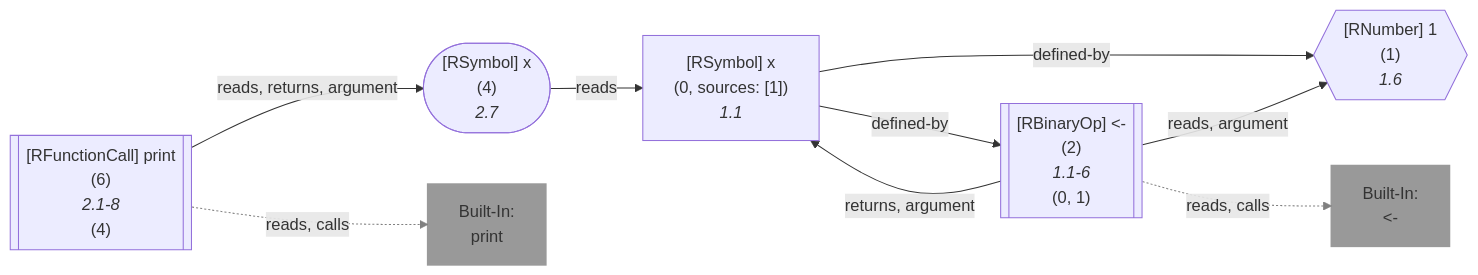
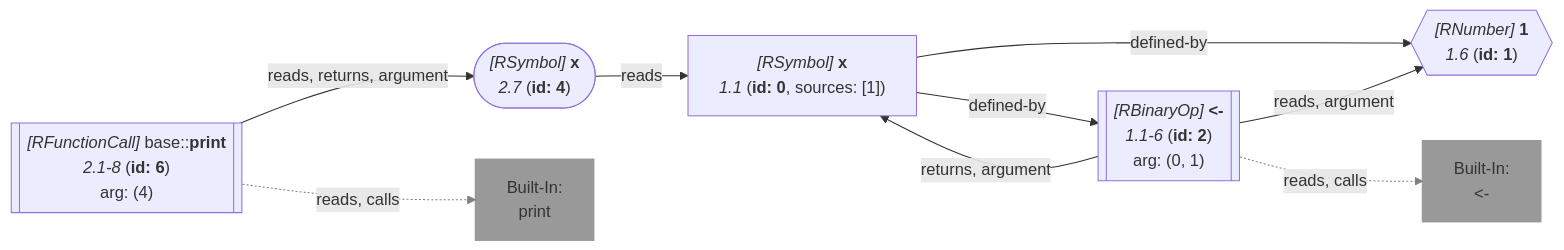
One commit to flowr-analysis/flowr changed diagram 18 of 21 in wiki/Query API.md. Above: the diagram before and after it, drawn with Mermaid. The commit also changed other lines of this file and 87 other files, not shown here.

````diff
--- a/wiki/Query API.md
+++ b/wiki/Query API.md
@@ -6375,37 +6227,32 @@
 ```mermaid
 flowchart LR
-    1{{"`#91;RNumber#93; 1
-      (1)
-      *1.6*`"}}
+    1{{"`*#91;RNumber#93;* **1**
+      *1.6* (**id: 1**)`"}}
    %% No edges found for 1
-    0["`#91;RSymbol#93; x
-      (0, sources: [1])
-      *1.1*`"]
-    2[["`#91;RBinaryOp#93; #60;#45;
-      (2)
-      *1.1-6*
-    (0, 1)`"]]
+    0["`*#91;RSymbol#93;* **x**
+      *1.1* (**id: 0**, sources: [1])`"]
+    2[["`*#91;RBinaryOp#93;* **#60;#45;**
+      *1.1-6* (**id: 2**)
+    arg: (0, 1)`"]]
     built-in:_-["`Built-In:
 #60;#45;`"]
     style built-in:_- stroke:gray,fill:gray,stroke-width:2px,opacity:.8;
-    4(["`#91;RSymbol#93; x
-      (4)
-      *2.7*`"])
-    6[["`#91;RFunctionCall#93; print
-      (6)
-      *2.1-8*
-    (4)`"]]
+    4(["`*#91;RSymbol#93;* **x**
+      *2.7* (**id: 4**)`"])
+    6[["`*#91;RFunctionCall#93;* base#58;#58;**print**
+      *2.1-8* (**id: 6**)
+    arg: (4)`"]]
     built-in:print["`Built-In:
 print`"]
     style built-in:print stroke:gray,fill:gray,stroke-width:2px,opacity:.8;
     0 -->|"defined-by"| 1
     0 -->|"defined-by"| 2
     2 -->|"reads, argument"| 1
     2 -->|"returns, argument"| 0
     2 -.->|"reads, calls"| built-in:_-
     linkStyle 4 stroke:gray;
     4 -->|"reads"| 0
     6 -->|"reads, returns, argument"| 4
     6 -.->|"reads, calls"| built-in:print
     linkStyle 7 stroke:gray;
 ```
````
